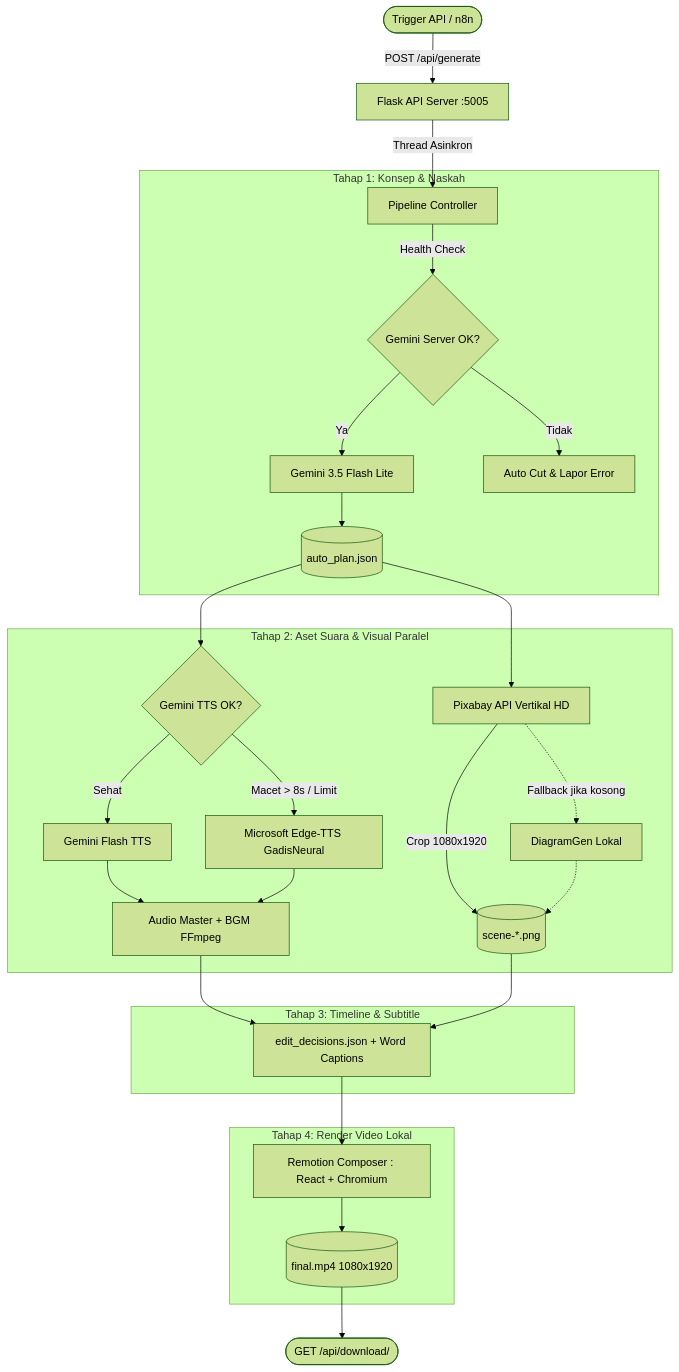
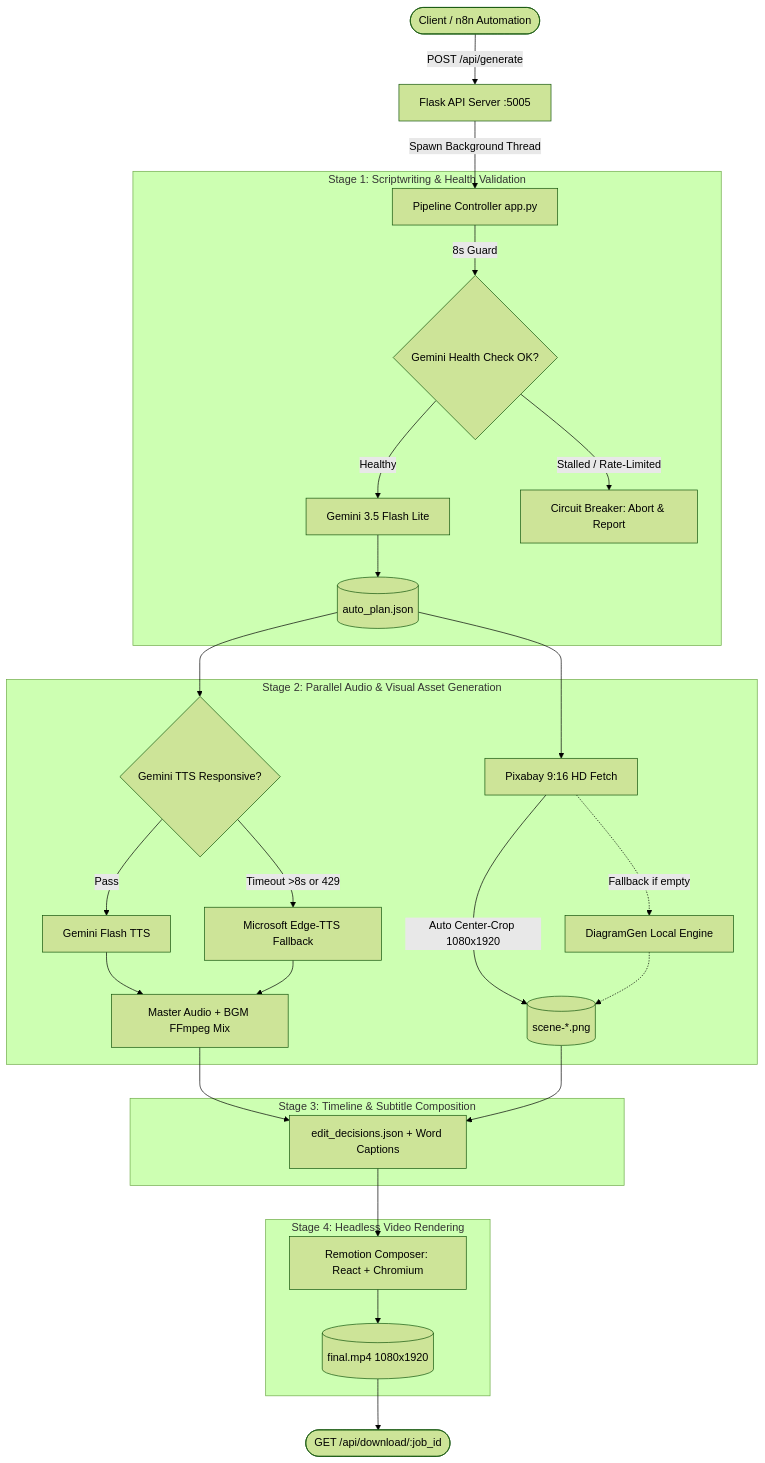
Before and after one commit to tessarwork/auto_content: the diagram in README.md, drawn with Mermaid (forest theme). The commit also changed other lines of this file and 3 other files, not shown here.

````diff
--- a/README.md
+++ b/README.md
@@ -29,36 +42,36 @@
 ```mermaid
 flowchart TD
-    User([Trigger API / n8n]) -->|POST /api/generate| Flask[Flask API Server :5005]
-    Flask -->|Thread Asinkron| Worker[Pipeline Controller]
+    User([Client / n8n Automation]) -->|POST /api/generate| Flask[Flask API Server :5005]
+    Flask -->|Spawn Background Thread| Worker[Pipeline Controller app.py]
     
-    subgraph Tahap 1: Konsep & Naskah
-        Worker -->|Health Check| GemHealth{Gemini Server OK?}
-        GemHealth -->|Ya| GenScript[Gemini 3.5 Flash Lite]
-        GemHealth -->|Tidak| ErrCut[Auto Cut & Lapor Error]
+    subgraph Stage 1: Scriptwriting & Health Validation
+        Worker -->|8s Guard| GemHealth{Gemini Health Check OK?}
+        GemHealth -->|Healthy| GenScript[Gemini 3.5 Flash Lite]
+        GemHealth -->|Stalled / Rate-Limited| ErrCut[Circuit Breaker: Abort & Report]
         GenScript --> PlanJSON[(auto_plan.json)]
     end
 
-    subgraph Tahap 2: Aset Suara & Visual Paralel
-        PlanJSON --> TTSProbe{Gemini TTS OK?}
-        TTSProbe -->|Sehat| VoiceGemini[Gemini Flash TTS]
-        TTSProbe -->|Macet > 8s / Limit| VoiceEdge[Microsoft Edge-TTS GadisNeural]
-        VoiceGemini --> MixedAudio[Audio Master + BGM FFmpeg]
+    subgraph Stage 2: Parallel Audio & Visual Asset Generation
+        PlanJSON --> TTSProbe{Gemini TTS Responsive?}
+        TTSProbe -->|Pass| VoiceGemini[Gemini Flash TTS]
+        TTSProbe -->|Timeout >8s or 429| VoiceEdge[Microsoft Edge-TTS Fallback]
+        VoiceGemini --> MixedAudio[Master Audio + BGM FFmpeg Mix]
         VoiceEdge --> MixedAudio
         
-        PlanJSON --> PixabayFetch[Pixabay API Vertikal HD]
-        PixabayFetch -->|Crop 1080x1920| Visuals[(scene-*.png)]
-        PixabayFetch -.->|Fallback jika kosong| DiagramGen[DiagramGen Lokal]
+        PlanJSON --> PixabayFetch[Pixabay 9:16 HD Fetch]
+        PixabayFetch -->|Auto Center-Crop 1080x1920| Visuals[(scene-*.png)]
+        PixabayFetch -.->|Fallback if empty| DiagramGen[DiagramGen Local Engine]
         DiagramGen -.-> Visuals
     end
 
-    subgraph Tahap 3: Timeline & Subtitle
+    subgraph Stage 3: Timeline & Subtitle Composition
         MixedAudio & Visuals --> EditDecisions[edit_decisions.json + Word Captions]
     end
 
-    subgraph Tahap 4: Render Video Lokal
-        EditDecisions --> Remotion[Remotion Composer : React + Chromium]
+    subgraph Stage 4: Headless Video Rendering
+        EditDecisions --> Remotion[Remotion Composer: React + Chromium]
         Remotion --> FinalMP4[(final.mp4 1080x1920)]
     end
 
-    FinalMP4 --> Ready([GET /api/download/<job_id>])
+    FinalMP4 --> Ready([GET /api/download/:job_id])
 ```
````
